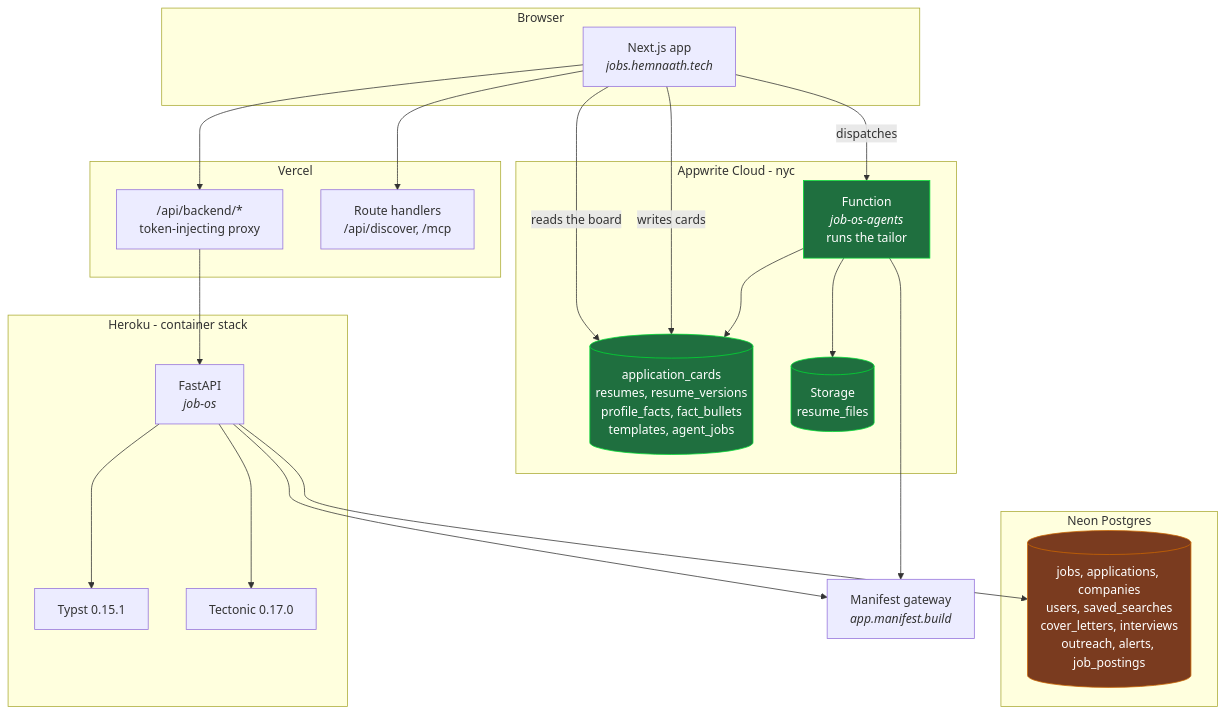
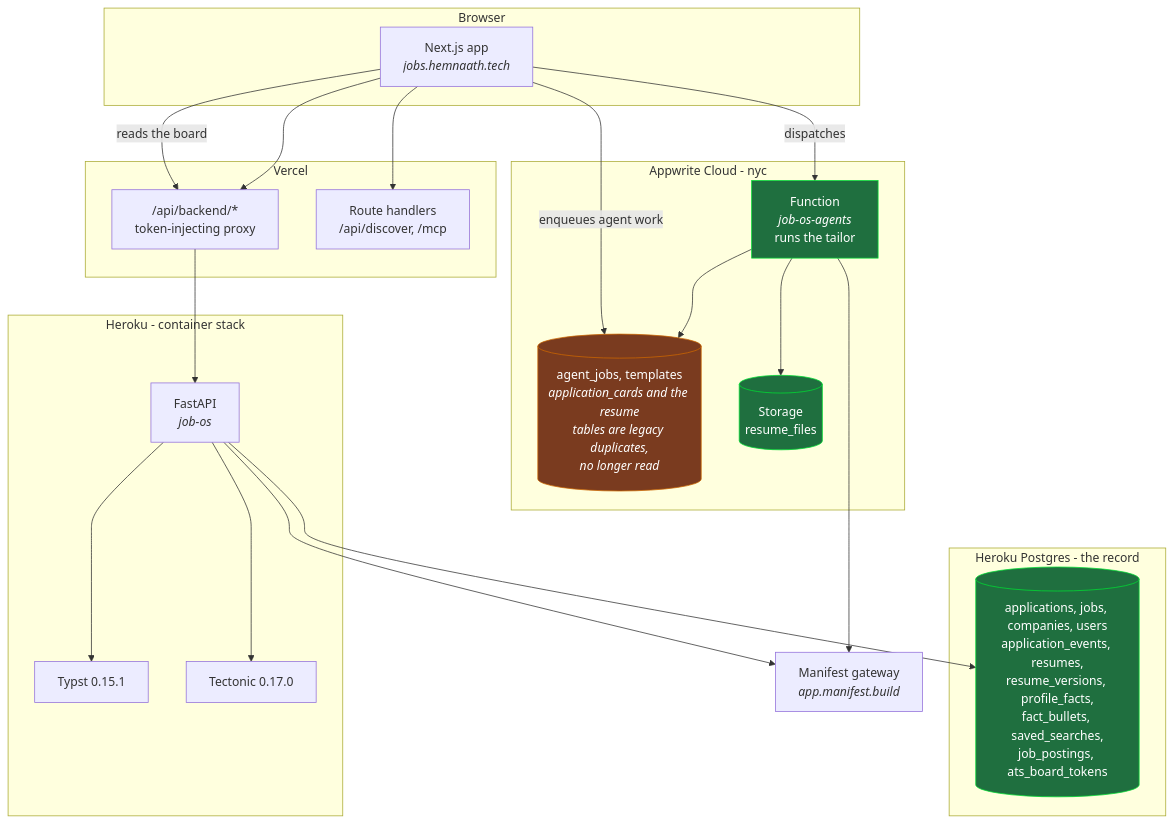
Before and after one commit to hemnaath04/job-os: the diagram in ARCHITECTURE.md, drawn with Mermaid. The commit also changed other lines of this file and 1 other file, not shown here.

First line of the commit message:
Document the architecture that actually runs (#148)

````diff
--- a/ARCHITECTURE.md
+++ b/ARCHITECTURE.md
@@ -12,47 +17,47 @@
 ```mermaid
 flowchart TB
     subgraph browser["Browser"]
         web["Next.js app<br/><i>jobs.hemnaath.tech</i>"]
     end
 
     subgraph vercel["Vercel"]
         proxy["/api/backend/*<br/>token-injecting proxy"]
         routes["Route handlers<br/>/api/discover, /mcp"]
     end
 
     subgraph heroku["Heroku - container stack"]
         api["FastAPI<br/><i>job-os</i>"]
         typst["Typst 0.15.1"]
         tectonic["Tectonic 0.17.0"]
     end
 
     subgraph appwrite["Appwrite Cloud - nyc"]
-        cards[("application_cards<br/>resumes, resume_versions<br/>profile_facts, fact_bullets<br/>templates, agent_jobs")]
+        cards[("agent_jobs, templates<br/><i>application_cards and the resume<br/>tables are legacy duplicates,<br/>no longer read</i>")]
         files[("Storage<br/>resume_files")]
         agent["Function<br/><i>job-os-agents</i><br/>runs the tailor"]
     end
 
-    subgraph pg["Neon Postgres"]
-        tables[("jobs, applications, companies<br/>users, saved_searches<br/>cover_letters, interviews<br/>outreach, alerts, job_postings")]
+    subgraph pg["Heroku Postgres - the record"]
+        tables[("applications, jobs, companies, users<br/>application_events, resumes,<br/>resume_versions, profile_facts,<br/>fact_bullets, saved_searches,<br/>job_postings, ats_board_tokens")]
     end
 
     gateway["Manifest gateway<br/><i>app.manifest.build</i>"]
 
-    web -->|"reads the board"| cards
-    web -->|"writes cards"| cards
+    web -->|"reads the board"| proxy
+    web -->|"enqueues agent work"| cards
     web --> proxy --> api
     web --> routes
     web -->|"dispatches"| agent
     api --> tables
     api --> typst
     api --> tectonic
     api --> gateway
     agent --> gateway
     agent --> cards
     agent --> files
 
     classDef live fill:#1f6f3f,stroke:#0d3,color:#fff
     classDef legacy fill:#7a3b1f,stroke:#c60,color:#fff
-    class cards,files,agent live
-    class tables legacy
+    class tables,files,agent live
+    class cards legacy
 ```
````
